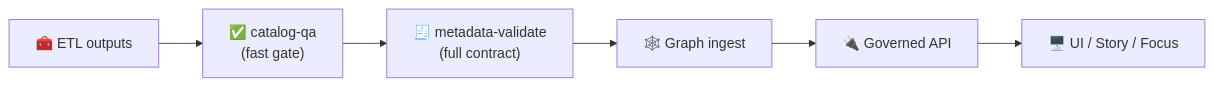
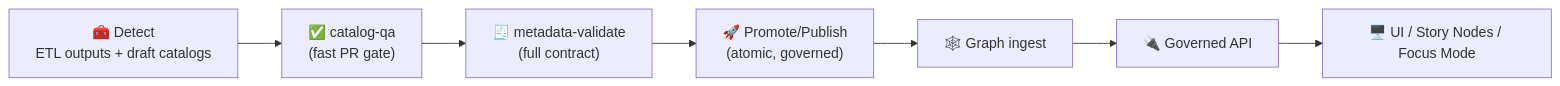
One commit to bartytime4life/Kansas-Frontier-Matrix changed the diagram in .github/actions/metadata-validate/README.md. Above: the diagram before and after it, drawn with Mermaid. The commit also changed other lines of this file, not shown here.

First line of the commit message:
Revise README for metadata-validate action

````diff
--- a/.github/actions/metadata-validate/README.md
+++ b/.github/actions/metadata-validate/README.md
@@ -103,8 +120,9 @@
 ```mermaid
 flowchart LR
-  ETL["🧰 ETL outputs"] --> QA["✅ catalog-qa<br/>(fast gate)"]
-  QA --> VAL["🧾 metadata-validate<br/>(full contract)"]
-  VAL --> GRAPH["🕸️ Graph ingest"]
+  DETECT["🧰 Detect<br/>ETL outputs + draft catalogs"] --> QA["✅ catalog-qa<br/>(fast PR gate)"]
+  QA --> VALIDATE["🧾 metadata-validate<br/>(full contract)"]
+  VALIDATE --> PROMOTE["🚀 Promote/Publish<br/>(atomic, governed)"]
+  PROMOTE --> GRAPH["🕸️ Graph ingest"]
   GRAPH --> API["🔌 Governed API"]
-  API --> UI["🖥️ UI / Story / Focus"]
+  API --> UI["🖥️ UI / Story Nodes / Focus Mode"]
 ```
````
